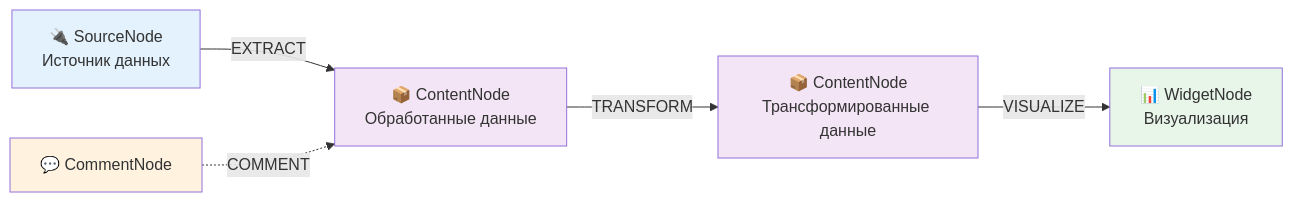
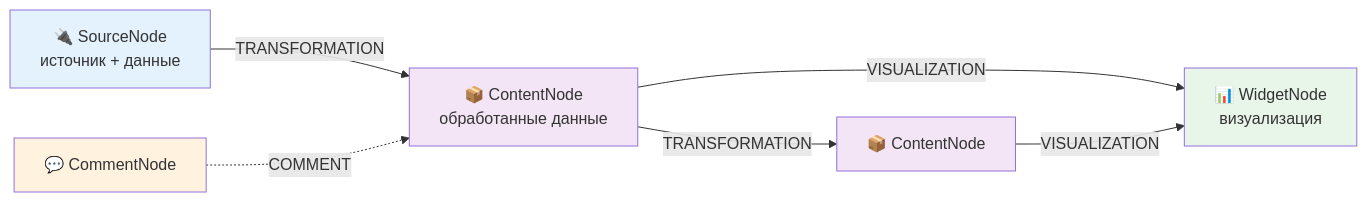
The diagram in README.md (sgalex/gigaboard), drawn with Mermaid before and after one commit. The commit also changed other lines of this file and 292 other files, not shown here.

````diff
--- a/README.md
+++ b/README.md
@@ -251,13 +242,14 @@
 ```mermaid
 flowchart LR
-    A[🔌 SourceNode<br/>Источник данных] -->|EXTRACT| B[📦 ContentNode<br/>Обработанные данные]
-    B -->|TRANSFORM| C[📦 ContentNode<br/>Трансформированные данные]
-    C -->|VISUALIZE| D[📊 WidgetNode<br/>Визуализация]
+    A[🔌 SourceNode<br/>источник + данные] -->|TRANSFORMATION| B[📦 ContentNode<br/>обработанные данные]
+    B -->|TRANSFORMATION| C[📦 ContentNode]
+    B -->|VISUALIZATION| D[📊 WidgetNode<br/>визуализация]
+    C -->|VISUALIZATION| D
     E[💬 CommentNode] -.->|COMMENT| B
     
     style A fill:#e3f2fd
     style B fill:#f3e5f5
     style C fill:#f3e5f5
     style D fill:#e8f5e9
     style E fill:#fff3e0
 ```
````
